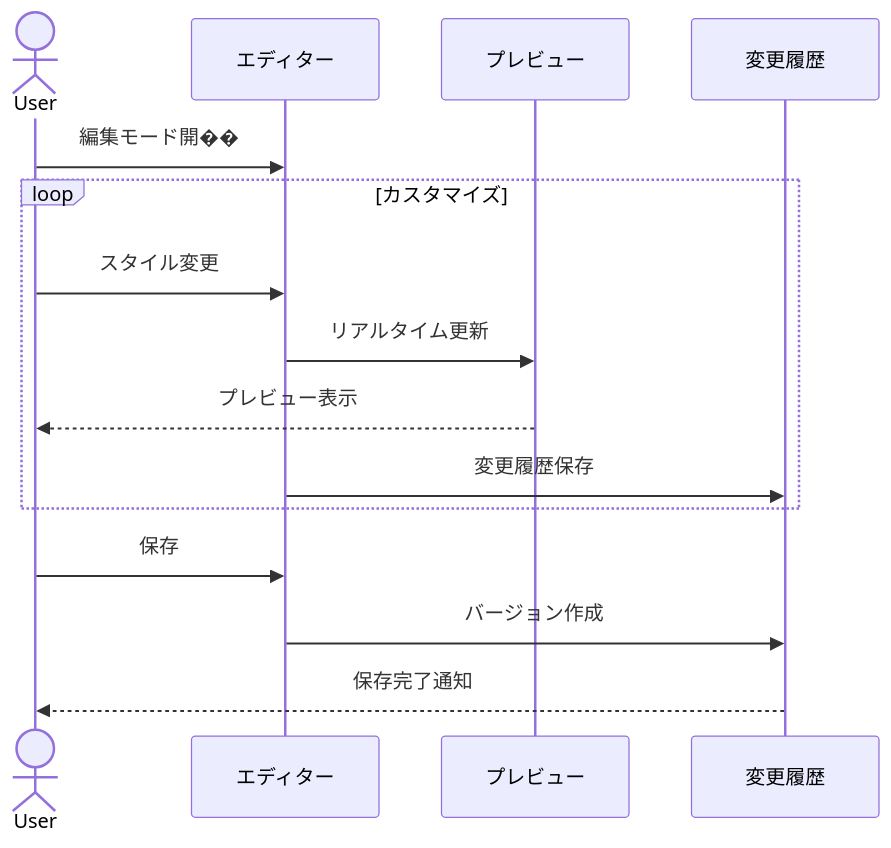
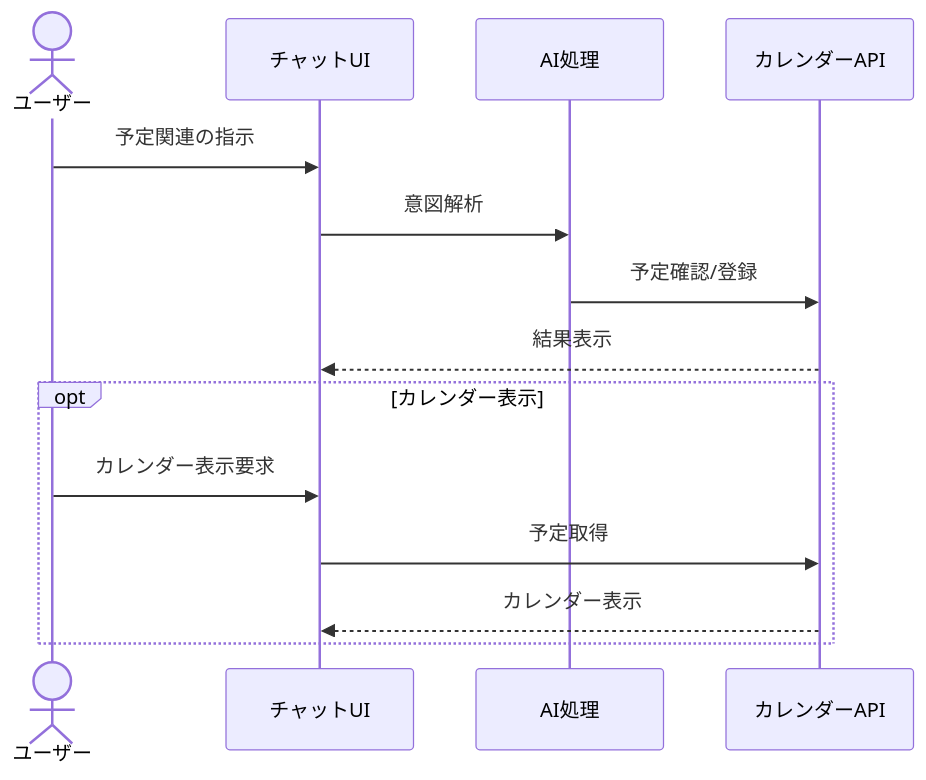
The fourth of 7 diagrams in docs/OPERATION_FLOW.md (yu-Yoshiaki/coo-maeda), drawn with Mermaid before and after one commit. The commit also changed other lines of this file and 34 other files, not shown here.

````diff
--- a/docs/OPERATION_FLOW.md
+++ b/docs/OPERATION_FLOW.md
@@ -85,20 +67,17 @@
 ```mermaid
 sequenceDiagram
-    actor User
-    participant Editor as エディター
-    participant Preview as プレビュー
-    participant History as 変更履歴
+    actor User as ユーザー
+    participant Chat as チャットUI
+    participant AI as AI処理
+    participant Calendar as カレンダーAPI
 
-    User->>Editor: 編集モード開��
-
-    loop カスタマイズ
-        User->>Editor: スタイル変更
-        Editor->>Preview: リアルタイム更新
-        Preview-->>User: プレビュー表示
-        Editor->>History: 変更履歴保存
+    User->>Chat: 予定関連の指示
+    Chat->>AI: 意図解析
+    AI->>Calendar: 予定確認/登録
+    Calendar-->>Chat: 結果表示
+    opt カレンダー表示
+        User->>Chat: カレンダー表示要求
+        Chat->>Calendar: 予定取得
+        Calendar-->>Chat: カレンダー表示
     end
-
-    User->>Editor: 保存
-    Editor->>History: バージョン作成
-    History-->>User: 保存完了通知
 ```
````
